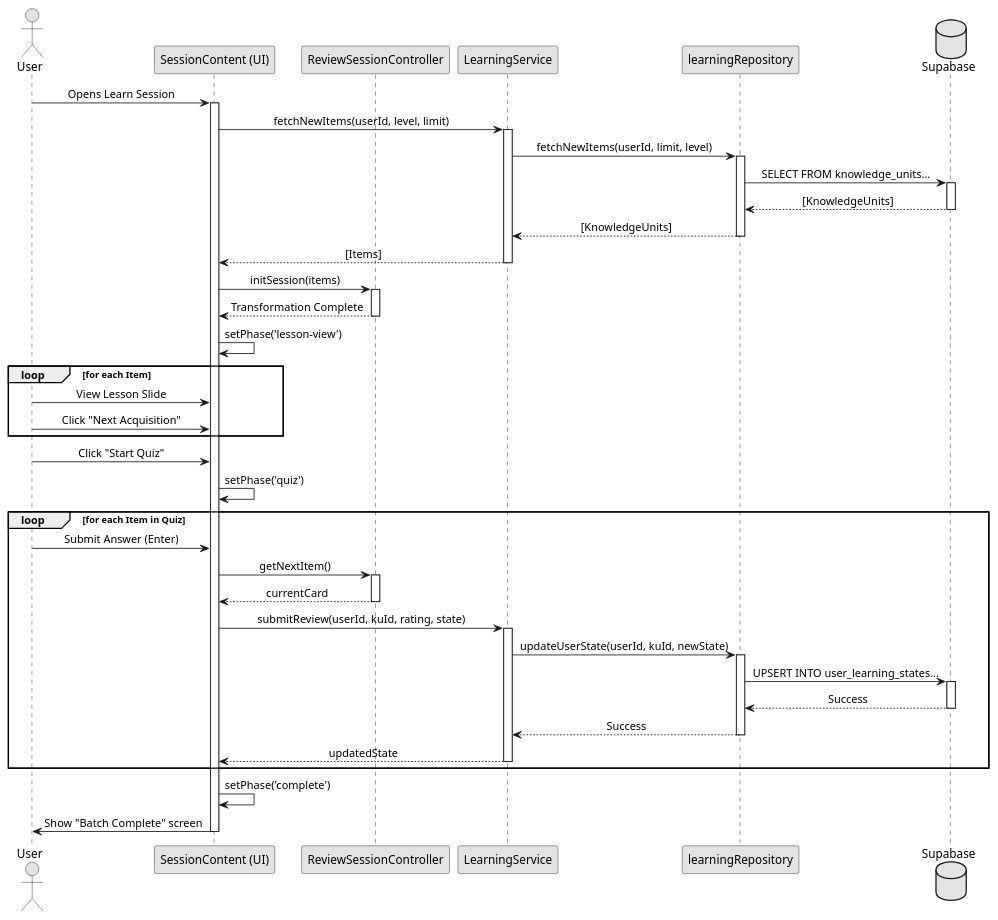
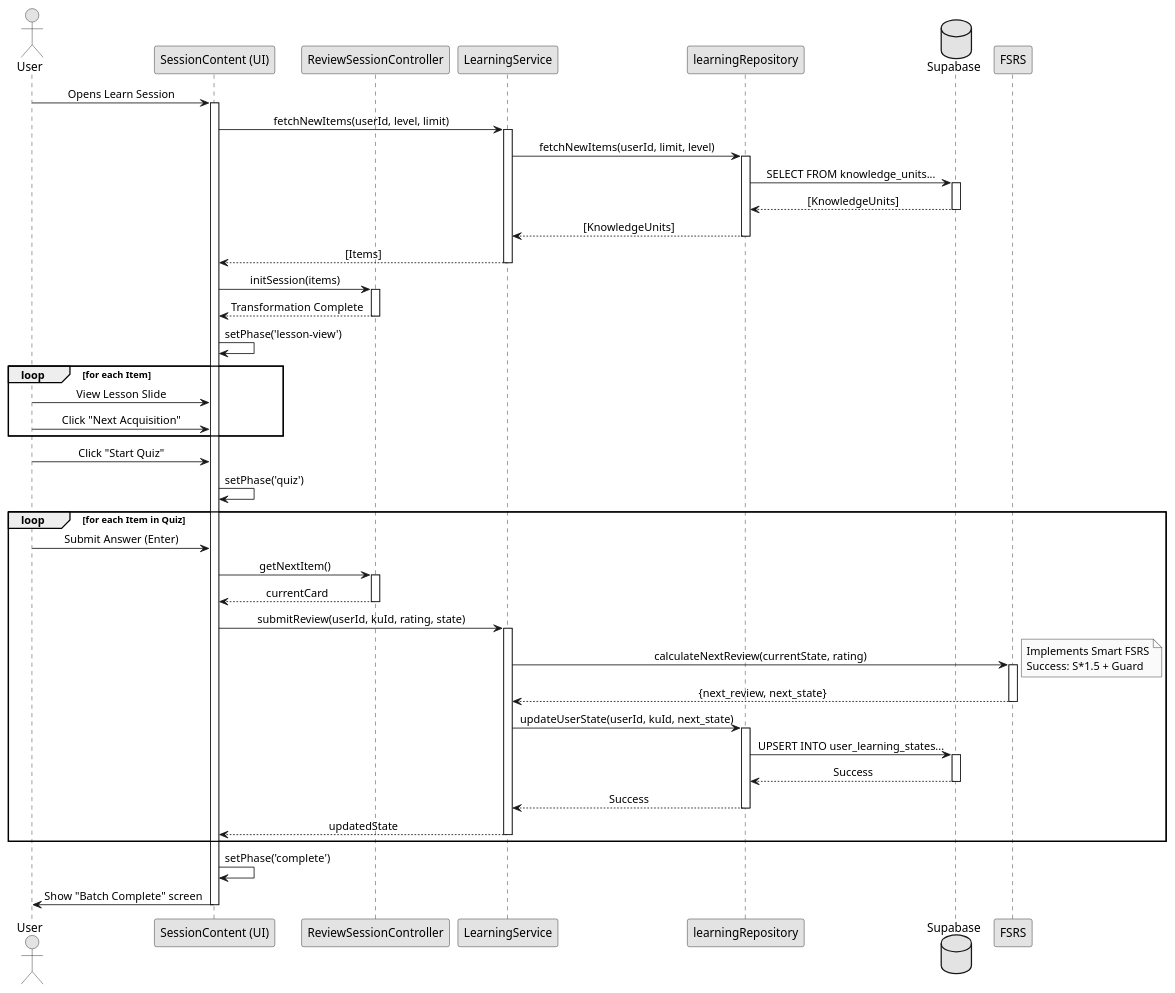
One commit to anhtranguyen-github/Hanachan changed the diagram in docs/sequence/learn_sequence.puml. Above: the diagram before and after it, drawn with PlantUML. The commit also changed 10 other files, not shown here.

Commit message:
docs: standardize ER diagrams, package list, and cross-consistency summary

```diff
--- a/docs/sequence/learn_sequence.puml
+++ b/docs/sequence/learn_sequence.puml
@@ -1,69 +1,75 @@
 @startuml Learn Sequence
 skinparam monochrome true
 skinparam shadowing false
 skinparam defaultFontName "Segoe UI"
 skinparam sequenceMessageAlign center
 
 actor User
 participant "SessionContent (UI)" as UI
 participant "ReviewSessionController" as Controller
 participant "LearningService" as Service
 participant "learningRepository" as Repo
 database "Supabase" as DB
 
 User -> UI : Opens Learn Session
 activate UI
 UI -> Service : fetchNewItems(userId, level, limit)
 activate Service
 Service -> Repo : fetchNewItems(userId, limit, level)
 activate Repo
 Repo -> DB : SELECT FROM knowledge_units...
 activate DB
 DB --> Repo : [KnowledgeUnits]
 deactivate DB
 Repo --> Service : [KnowledgeUnits]
 deactivate Repo
 Service --> UI : [Items]
 deactivate Service
 
 UI -> Controller : initSession(items)
 activate Controller
 Controller --> UI : Transformation Complete
 deactivate Controller
 
 UI -> UI : setPhase('lesson-view')
 
 loop for each Item
     User -> UI : View Lesson Slide
     User -> UI : Click "Next Acquisition"
 end
 
 User -> UI : Click "Start Quiz"
 UI -> UI : setPhase('quiz')
 
 loop for each Item in Quiz
     User -> UI : Submit Answer (Enter)
     UI -> Controller : getNextItem()
     activate Controller
     Controller --> UI : currentCard
     deactivate Controller
     
     UI -> Service : submitReview(userId, kuId, rating, state)
     activate Service
-    Service -> Repo : updateUserState(userId, kuId, newState)
+    Service -> FSRS : calculateNextReview(currentState, rating)
+    activate FSRS
+    note right: Implements Smart FSRS\nSuccess: S*1.5 + Guard
+    FSRS --> Service : {next_review, next_state}
+    deactivate FSRS
+    
+    Service -> Repo : updateUserState(userId, kuId, next_state)
     activate Repo
     Repo -> DB : UPSERT INTO user_learning_states...
     activate DB
     DB --> Repo : Success
     deactivate DB
     Repo --> Service : Success
     deactivate Repo
     Service --> UI : updatedState
     deactivate Service
 end
 
 UI -> UI : setPhase('complete')
 UI -> User : Show "Batch Complete" screen
 deactivate UI
 
 @enduml
```
